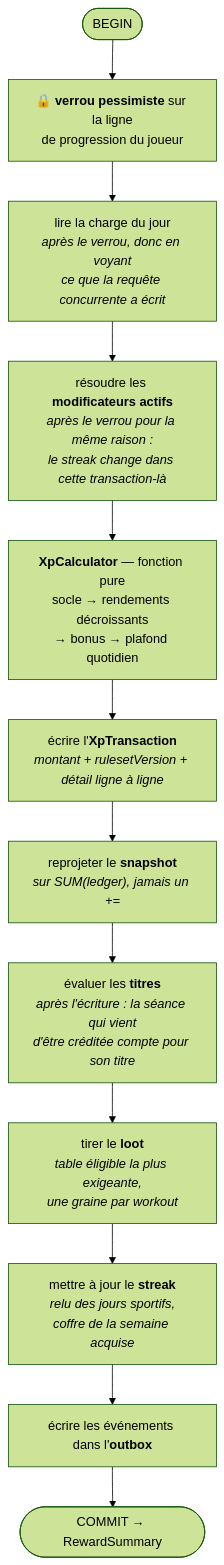
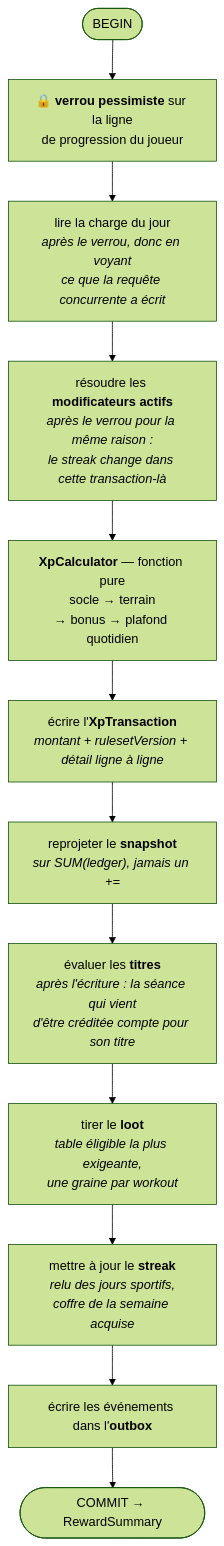
Before and after one commit to younesdiouri/grrind-back: the seventh of 14 diagrams in ARCHITECTURE.md, drawn with Mermaid (forest theme). The commit also changed other lines of this file and 30 other files, not shown here.

````diff
--- a/ARCHITECTURE.md
+++ b/ARCHITECTURE.md
@@ -250,17 +250,17 @@
 ```mermaid
 flowchart TB
     start(["BEGIN"]) --> lock
 
     lock["🔒 <b>verrou pessimiste</b> sur la ligne<br/>de progression du joueur"]
     lock --> load["lire la charge du jour<br/><i>après le verrou, donc en voyant<br/>ce que la requête concurrente a écrit</i>"]
     load --> mods["résoudre les <b>modificateurs actifs</b><br/><i>après le verrou pour la même raison :<br/>le streak change dans cette transaction-là</i>"]
-    mods --> calc["<b>XpCalculator</b> — fonction pure<br/>socle → rendements décroissants<br/>→ bonus → plafond quotidien"]
+    mods --> calc["<b>XpCalculator</b> — fonction pure<br/>socle → terrain<br/>→ bonus → plafond quotidien"]
     calc --> ledger["écrire l'<b>XpTransaction</b><br/><i>montant + rulesetVersion + détail ligne à ligne</i>"]
     ledger --> snap["reprojeter le <b>snapshot</b><br/><i>sur SUM(ledger), jamais un +=</i>"]
     snap --> titles["évaluer les <b>titres</b><br/><i>après l'écriture : la séance qui vient<br/>d'être créditée compte pour son titre</i>"]
     titles --> loot["tirer le <b>loot</b><br/><i>table éligible la plus exigeante,<br/>une graine par workout</i>"]
     loot --> streak["mettre à jour le <b>streak</b><br/><i>relu des jours sportifs,<br/>coffre de la semaine acquise</i>"]
     streak --> obx["écrire les événements dans l'<b>outbox</b>"]
     obx --> done(["COMMIT → RewardSummary"])
 
 ```
````
